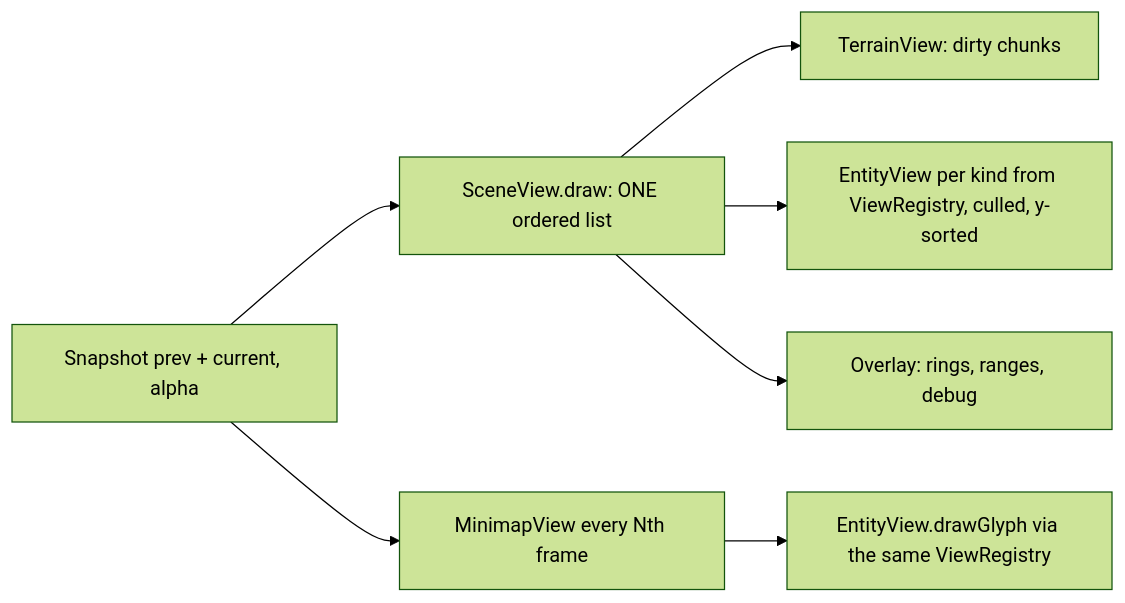
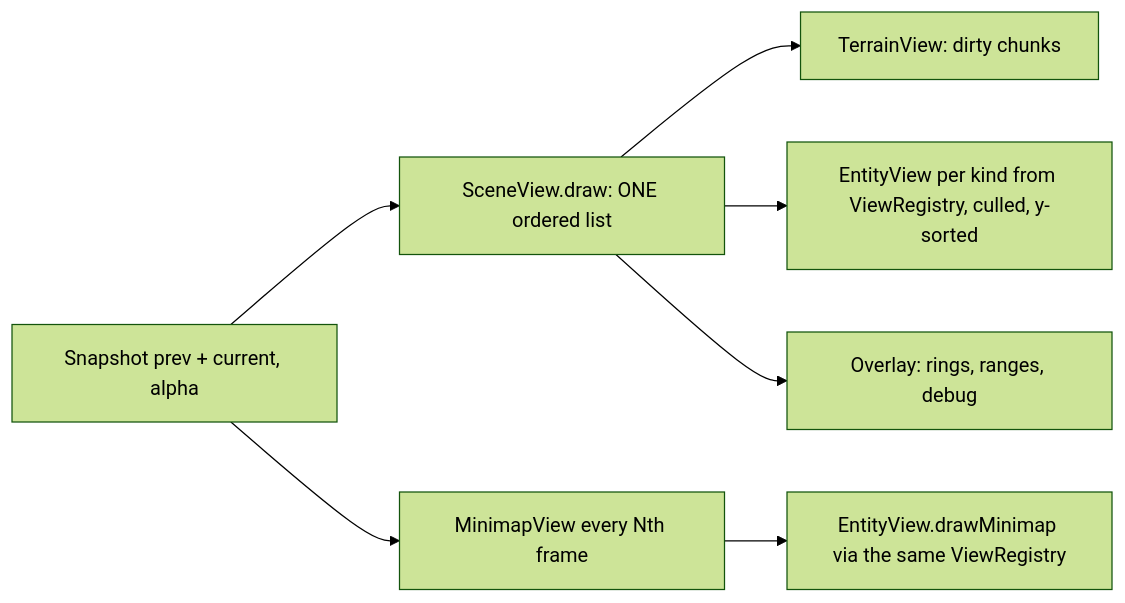
One commit to SamarjitBhogal/eternalus changed the diagram in docs/architecture/08-game-engine.md. Above: the diagram before and after it, drawn with Mermaid (forest theme). The commit also changed other lines of this file and 8 other files, not shown here.

````diff
--- a/docs/architecture/08-game-engine.md
+++ b/docs/architecture/08-game-engine.md
@@ -222,9 +233,9 @@
 ```mermaid
 flowchart LR
   S[Snapshot prev + current, alpha] --> SV[SceneView.draw: ONE ordered list]
   SV --> T[TerrainView: dirty chunks]
   SV --> E[EntityView per kind from ViewRegistry, culled, y-sorted]
   SV --> O[Overlay: rings, ranges, debug]
   S --> M[MinimapView every Nth frame]
-  M --> G[EntityView.drawGlyph via the same ViewRegistry]
+  M --> G[EntityView.drawMinimap via the same ViewRegistry]
 ```
````
